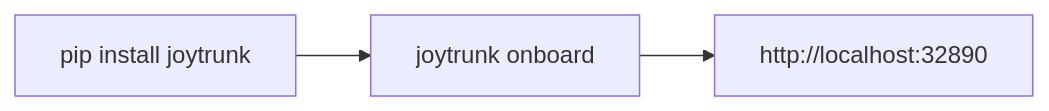
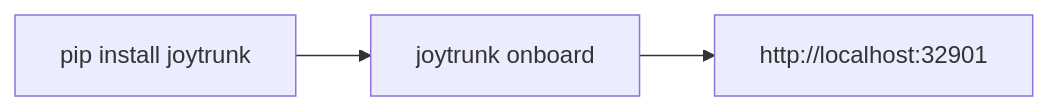
Before and after one commit to duochouchouai/joytrunk: the first of 3 diagrams in agent.md, drawn with Mermaid. The commit also changed other lines of this file and 49 other files, not shown here.

````diff
--- a/agent.md
+++ b/agent.md
@@ -22,8 +22,8 @@
 ```mermaid
 flowchart LR
   pip["pip install joytrunk"]
   onboard["joytrunk onboard"]
-  browser["http://localhost:32890"]
+  browser["http://localhost:32901"]
   pip --> onboard
   onboard --> browser
 ```
````
